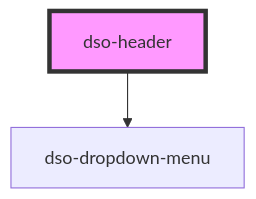
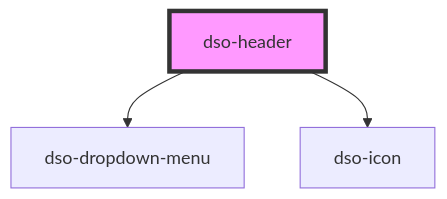
The diagram in packages/core/src/components/header/readme.md (dso-toolkit/dso-toolkit), drawn with Mermaid before and after one commit. The commit also changed other lines of this file and 2 other files, not shown here.

Commit message:
#1404.Web Component
- lint fixes

````diff
--- a/packages/core/src/components/header/readme.md
+++ b/packages/core/src/components/header/readme.md
@@ -38,5 +39,6 @@
 ```mermaid
 graph TD;
   dso-header --> dso-dropdown-menu
+  dso-header --> dso-icon
   style dso-header fill:#f9f,stroke:#333,stroke-width:4px
 ```
````
